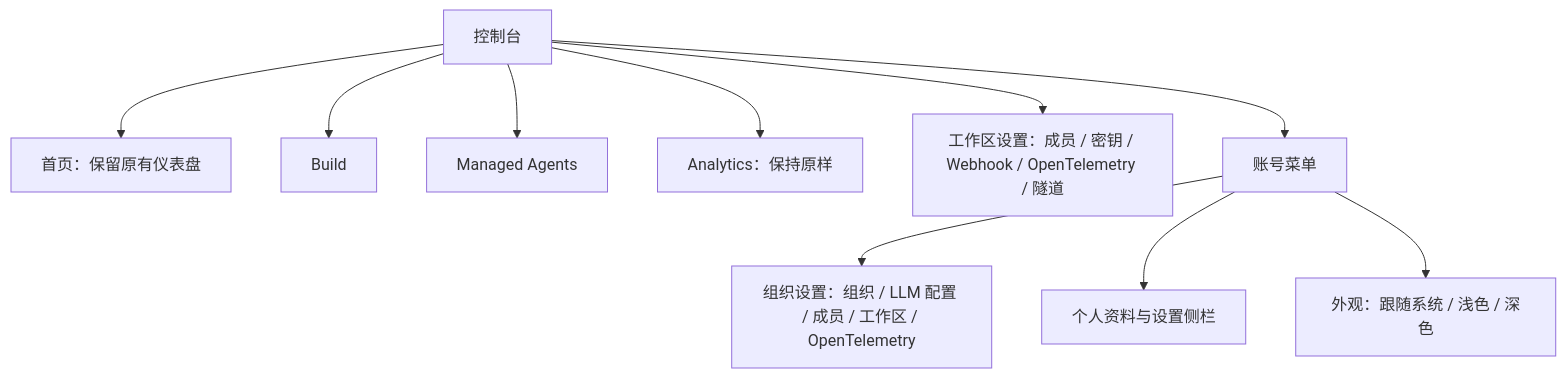
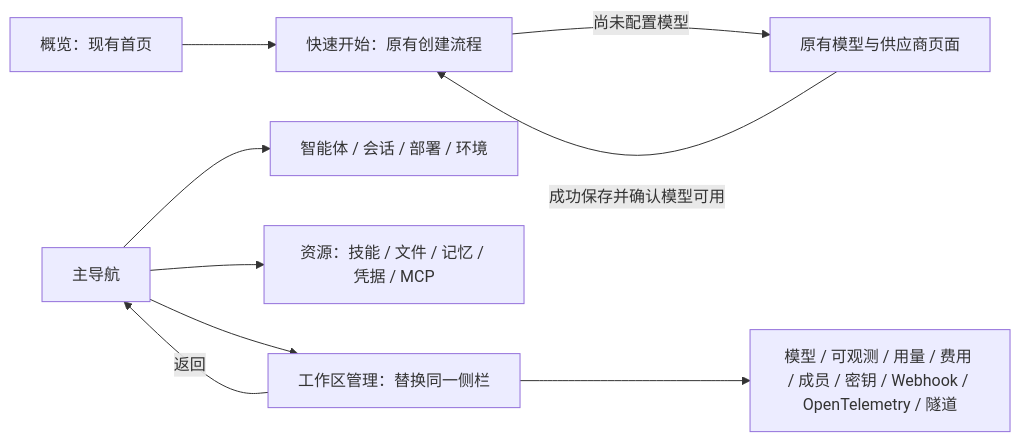
One commit to superduck-ai/open-managed-agents changed the diagram in docs/design/fe/console-sidebar.md. Above: the diagram before and after it, drawn with Mermaid. The commit also changed other lines of this file and 36 other files, not shown here.

Commit message:
Refine console navigation and workspace management

````diff
--- a/docs/design/fe/console-sidebar.md
+++ b/docs/design/fe/console-sidebar.md
@@ -24,12 +35,11 @@
 ```mermaid
-flowchart TD
-  Console[控制台] --> Home[首页：保留原有仪表盘]
-  Console --> Build[Build]
-  Console --> Agents[Managed Agents]
-  Console --> Analytics[Analytics：保持原样]
-  Console --> Workspace[工作区设置：成员 / 密钥 / Webhook / OpenTelemetry / 隧道]
-  Console --> Account[账号菜单]
-  Account --> Org[组织设置：组织 / LLM 配置 / 成员 / 工作区 / OpenTelemetry]
-  Account --> Personal[个人资料与设置侧栏]
-  Account --> Theme[外观：跟随系统 / 浅色 / 深色]
+flowchart LR
+  Home[概览：现有首页] --> Quickstart[快速开始：原有创建流程]
+  Nav[主导航] --> Work[智能体 / 会话 / 部署 / 环境]
+  Nav --> Resources[资源：技能 / 文件 / 记忆 / 凭据 / MCP]
+  Nav --> Management[工作区管理：替换同一侧栏]
+  Management --> Modules[模型 / 可观测 / 用量 / 费用 / 成员 / 密钥 / Webhook / OpenTelemetry / 隧道]
+  Management -->|返回| Nav
+  Quickstart -->|尚未配置模型| Models[原有模型与供应商页面]
+  Models -->|成功保存并确认模型可用| Quickstart
 ```
````
